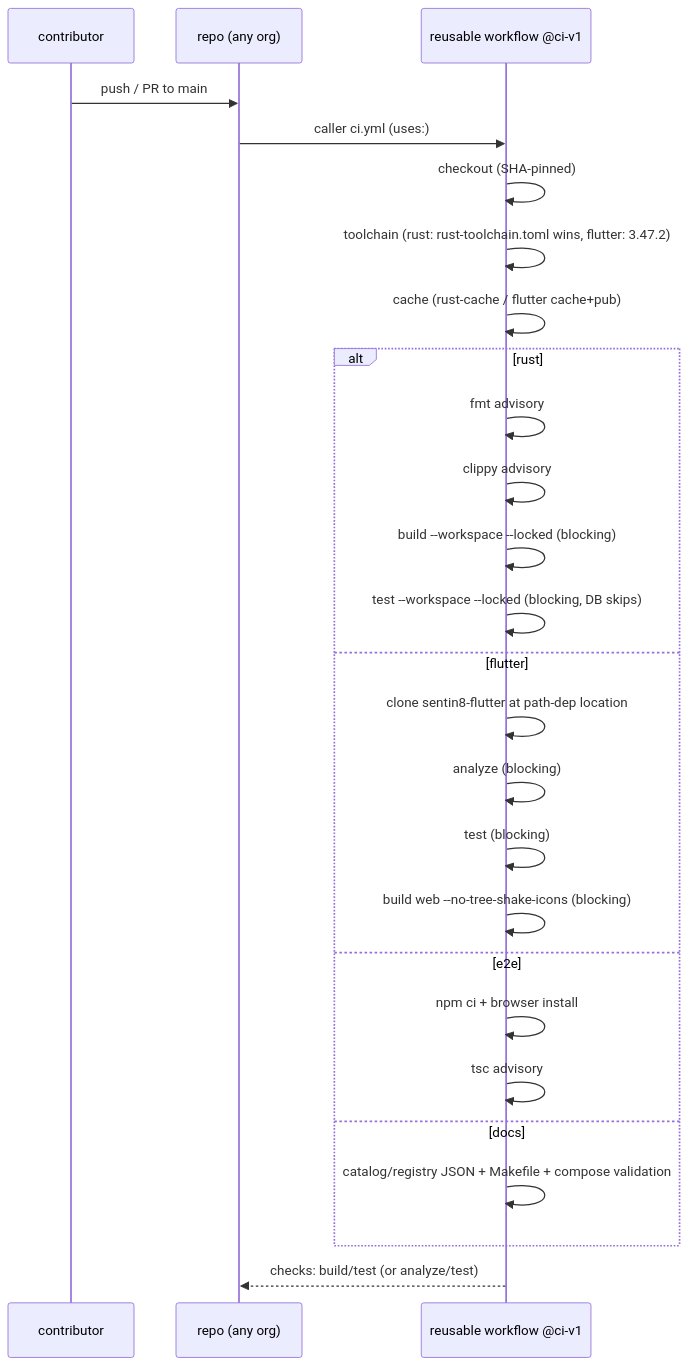
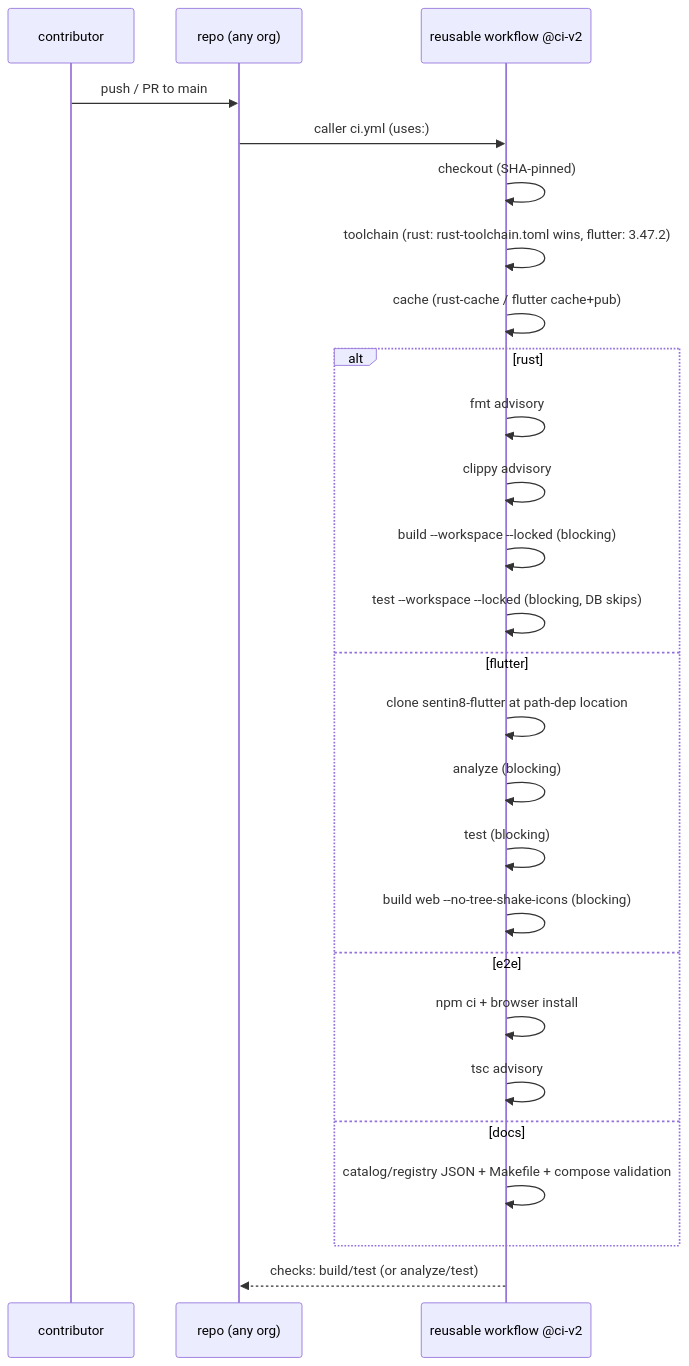
One commit to Sentin8/sentin8-ci changed the third of 8 diagrams in DESIGN.md. Above: the diagram before and after it, drawn with Mermaid. The commit also changed other lines of this file and 5 other files, not shown here.

````diff
--- a/DESIGN.md
+++ b/DESIGN.md
@@ -75,28 +76,28 @@
 ```mermaid
 sequenceDiagram
     participant Dev as contributor
     participant R as repo (any org)
-    participant W as reusable workflow @ci-v1
+    participant W as reusable workflow @ci-v2
     Dev->>R: push / PR to main
     R->>W: caller ci.yml (uses:)
     W->>W: checkout (SHA-pinned)
     W->>W: toolchain (rust: rust-toolchain.toml wins, flutter: 3.47.2)
     W->>W: cache (rust-cache / flutter cache+pub)
     alt rust
         W->>W: fmt advisory
         W->>W: clippy advisory
         W->>W: build --workspace --locked (blocking)
         W->>W: test --workspace --locked (blocking, DB skips)
     else flutter
         W->>W: clone sentin8-flutter at path-dep location
         W->>W: analyze (blocking)
         W->>W: test (blocking)
         W->>W: build web --no-tree-shake-icons (blocking)
     else e2e
         W->>W: npm ci + browser install
         W->>W: tsc advisory
     else docs
         W->>W: catalog/registry JSON + Makefile + compose validation
     end
     W-->>R: checks: build/test (or analyze/test)
 ```
````
